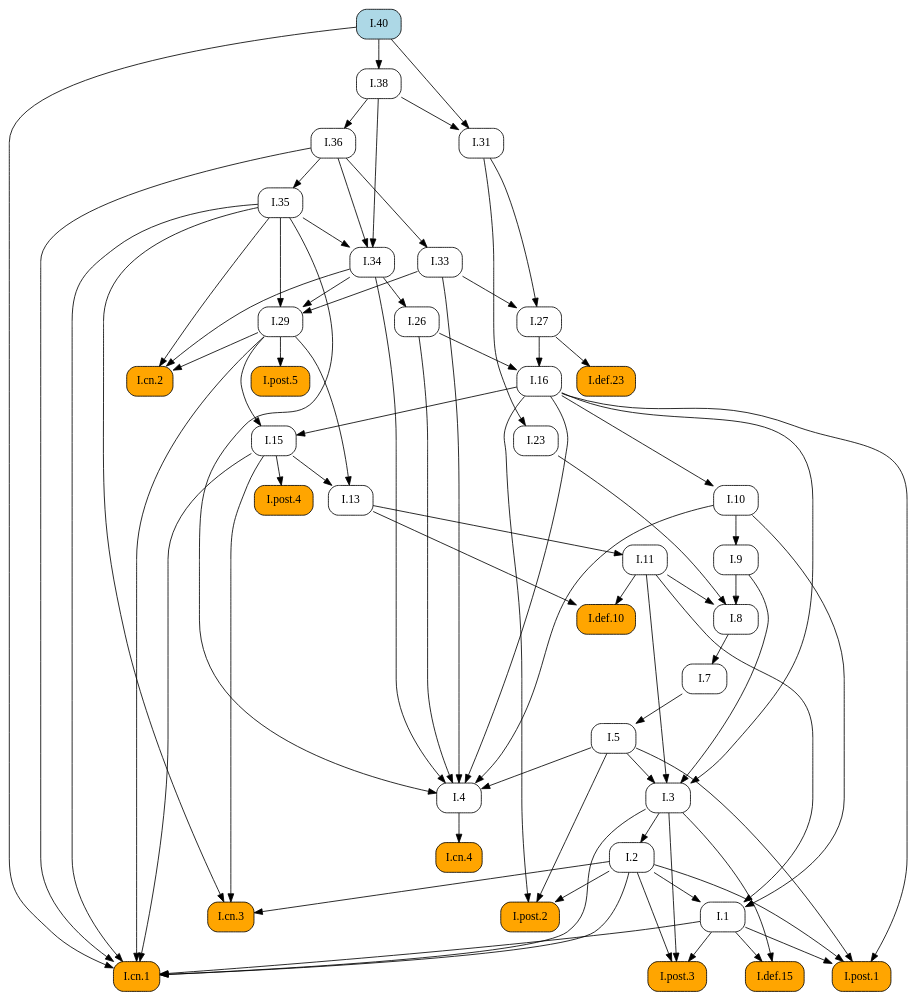
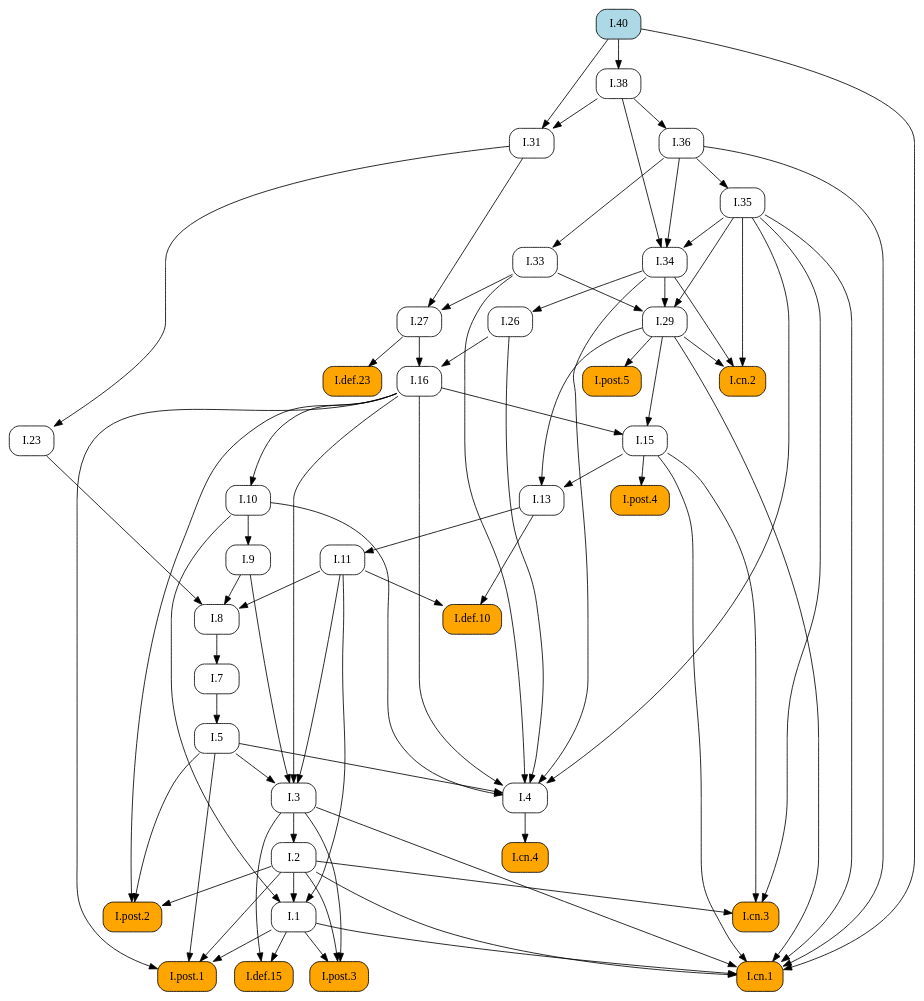
One commit to geometor/elements changed the diagram in docsrc/elements2/I/40/index.rst. Above: the diagram before and after it, drawn with Graphviz. The commit also changed other lines of this file and 409 other files, not shown here.

First line of the commit message:
feat: Add image cropping and graphic extraction script

```diff
--- a/docsrc/elements2/I/40/index.rst
+++ b/docsrc/elements2/I/40/index.rst
@@ -54,82 +54,51 @@
    digraph {
      rankdir="TB";
      node [shape=box, style=rounded];
+     "I.31" [URL="/elements2/I/31/", target="_top"];
      "I.8" [URL="/elements2/I/8/", target="_top"];
+     "I.15" [URL="/elements2/I/15/", target="_top"];
+     "I.5" [URL="/elements2/I/5/", target="_top"];
+     "I.26" [URL="/elements2/I/26/", target="_top"];
+     "I.cn.1" [style="rounded,filled", fillcolor=orange, URL="/elements2/I/cn.1/", target="_top"];
+     "I.7" [URL="/elements2/I/7/", target="_top"];
+     "I.23" [URL="/elements2/I/23/", target="_top"];
+     "I.16" [URL="/elements2/I/16/", target="_top"];
+     "I.35" [URL="/elements2/I/35/", target="_top"];
+     "I.34" [URL="/elements2/I/34/", target="_top"];
+     "I.33" [URL="/elements2/I/33/", target="_top"];
+     "I.def.15" [style="rounded,filled", fillcolor=orange, URL="/elements2/I/def.15/", target="_top"];
+     "I.38" [URL="/elements2/I/38/", target="_top"];
+     "I.post.4" [style="rounded,filled", fillcolor=orange, URL="/elements2/I/post.4/", target="_top"];
+     "I.def.23" [style="rounded,filled", fillcolor=orange, URL="/elements2/I/def.23/", target="_top"];
+     "I.11" [URL="/elements2/I/11/", target="_top"];
+     "I.def.10" [style="rounded,filled", fillcolor=orange, URL="/elements2/I/def.10/", target="_top"];
+     "I.post.5" [style="rounded,filled", fillcolor=orange, URL="/elements2/I/post.5/", target="_top"];
+     "I.3" [URL="/elements2/I/3/", target="_top"];
+     "I.10" [URL="/elements2/I/10/", target="_top"];
+     "I.cn.3" [style="rounded,filled", fillcolor=orange, URL="/elements2/I/cn.3/", target="_top"];
+     "I.13" [URL="/elements2/I/13/", target="_top"];
+     "I.4" [URL="/elements2/I/4/", target="_top"];
+     "I.post.3" [style="rounded,filled", fillcolor=orange, URL="/elements2/I/post.3/", target="_top"];
+     "I.9" [URL="/elements2/I/9/", target="_top"];
+     "I.29" [URL="/elements2/I/29/", target="_top"];
      "I.36" [URL="/elements2/I/36/", target="_top"];
      "I.post.1" [style="rounded,filled", fillcolor=orange, URL="/elements2/I/post.1/", target="_top"];
-     "I.33" [URL="/elements2/I/33/", target="_top"];
-     "I.5" [URL="/elements2/I/5/", target="_top"];
-     "I.38" [URL="/elements2/I/38/", target="_top"];
-     "I.post.5" [style="rounded,filled", fillcolor=orange, URL="/elements2/I/post.5/", target="_top"];
-     "I.def.10" [style="rounded,filled", fillcolor=orange, URL="/elements2/I/def.10/", target="_top"];
-     "I.cn.2" [style="rounded,filled", fillcolor=orange, URL="/elements2/I/cn.2/", target="_top"];
-     "I.def.15" [style="rounded,filled", fillcolor=orange, URL="/elements2/I/def.15/", target="_top"];
-     "I.31" [URL="/elements2/I/31/", target="_top"];
-     "I.11" [URL="/elements2/I/11/", target="_top"];
-     "I.3" [URL="/elements2/I/3/", target="_top"];
-     "I.def.23" [style="rounded,filled", fillcolor=orange, URL="/elements2/I/def.23/", target="_top"];
-     "I.post.2" [style="rounded,filled", fillcolor=orange, URL="/elements2/I/post.2/", target="_top"];
-     "I.26" [URL="/elements2/I/26/", target="_top"];
-     "I.cn.3" [style="rounded,filled", fillcolor=orange, URL="/elements2/I/cn.3/", target="_top"];
-     "I.cn.4" [style="rounded,filled", fillcolor=orange, URL="/elements2/I/cn.4/", target="_top"];
-     "I.1" [URL="/elements2/I/1/", target="_top"];
-     "I.7" [URL="/elements2/I/7/", target="_top"];
-     "I.9" [URL="/elements2/I/9/", target="_top"];
-     "I.40" [style="rounded,filled", fillcolor=lightblue, URL="/elements2/I/40/", target="_top"];
-     "I.cn.1" [style="rounded,filled", fillcolor=orange, URL="/elements2/I/cn.1/", target="_top"];
-     "I.29" [URL="/elements2/I/29/", target="_top"];
-     "I.16" [URL="/elements2/I/16/", target="_top"];
-     "I.post.4" [style="rounded,filled", fillcolor=orange, URL="/elements2/I/post.4/", target="_top"];
-     "I.13" [URL="/elements2/I/13/", target="_top"];
-     "I.35" [URL="/elements2/I/35/", target="_top"];
      "I.2" [URL="/elements2/I/2/", target="_top"];
      "I.27" [URL="/elements2/I/27/", target="_top"];
-     "I.4" [URL="/elements2/I/4/", target="_top"];
-     "I.10" [URL="/elements2/I/10/", target="_top"];
-     "I.15" [URL="/elements2/I/15/", target="_top"];
-     "I.34" [URL="/elements2/I/34/", target="_top"];
-     "I.23" [URL="/elements2/I/23/", target="_top"];
-     "I.post.3" [style="rounded,filled", fillcolor=orange, URL="/elements2/I/post.3/", target="_top"];
+     "I.cn.4" [style="rounded,filled", fillcolor=orange, URL="/elements2/I/cn.4/", target="_top"];
+     "I.cn.2" [style="rounded,filled", fillcolor=orange, URL="/elements2/I/cn.2/", target="_top"];
+     "I.1" [URL="/elements2/I/1/", target="_top"];
+     "I.40" [style="rounded,filled", fillcolor=lightblue, URL="/elements2/I/40/", target="_top"];
+     "I.post.2" [style="rounded,filled", fillcolor=orange, URL="/elements2/I/post.2/", target="_top"];
+     "I.38" -> "I.31";
+     "I.40" -> "I.31";
      "I.9" -> "I.8";
      "I.11" -> "I.8";
      "I.23" -> "I.8";
-     "I.38" -> "I.36";
-     "I.1" -> "I.post.1";
-     "I.2" -> "I.post.1";
-     "I.5" -> "I.post.1";
-     "I.16" -> "I.post.1";
-     "I.36" -> "I.33";
+     "I.16" -> "I.15";
+     "I.29" -> "I.15";
      "I.7" -> "I.5";
-     "I.40" -> "I.38";
-     "I.29" -> "I.post.5";
-     "I.11" -> "I.def.10";
-     "I.13" -> "I.def.10";
-     "I.29" -> "I.cn.2";
-     "I.34" -> "I.cn.2";
-     "I.35" -> "I.cn.2";
-     "I.1" -> "I.def.15";
-     "I.3" -> "I.def.15";
-     "I.38" -> "I.31";
-     "I.40" -> "I.31";
-     "I.13" -> "I.11";
-     "I.5" -> "I.3";
-     "I.9" -> "I.3";
-     "I.11" -> "I.3";
-     "I.16" -> "I.3";
-     "I.27" -> "I.def.23";
-     "I.2" -> "I.post.2";
-     "I.5" -> "I.post.2";
-     "I.16" -> "I.post.2";
      "I.34" -> "I.26";
-     "I.2" -> "I.cn.3";
-     "I.15" -> "I.cn.3";
-     "I.35" -> "I.cn.3";
-     "I.4" -> "I.cn.4";
-     "I.2" -> "I.1";
-     "I.10" -> "I.1";
-     "I.11" -> "I.1";
-     "I.8" -> "I.7";
-     "I.10" -> "I.9";
      "I.1" -> "I.cn.1";
      "I.2" -> "I.cn.1";
      "I.3" -> "I.cn.1";
@@ -138,18 +107,34 @@
      "I.35" -> "I.cn.1";
      "I.36" -> "I.cn.1";
      "I.40" -> "I.cn.1";
-     "I.33" -> "I.29";
-     "I.34" -> "I.29";
-     "I.35" -> "I.29";
+     "I.8" -> "I.7";
+     "I.31" -> "I.23";
      "I.26" -> "I.16";
      "I.27" -> "I.16";
+     "I.36" -> "I.35";
+     "I.35" -> "I.34";
+     "I.36" -> "I.34";
+     "I.38" -> "I.34";
+     "I.36" -> "I.33";
+     "I.1" -> "I.def.15";
+     "I.3" -> "I.def.15";
+     "I.40" -> "I.38";
      "I.15" -> "I.post.4";
+     "I.27" -> "I.def.23";
+     "I.13" -> "I.11";
+     "I.11" -> "I.def.10";
+     "I.13" -> "I.def.10";
+     "I.29" -> "I.post.5";
+     "I.5" -> "I.3";
+     "I.9" -> "I.3";
+     "I.11" -> "I.3";
+     "I.16" -> "I.3";
+     "I.16" -> "I.10";
+     "I.2" -> "I.cn.3";
+     "I.15" -> "I.cn.3";
+     "I.35" -> "I.cn.3";
      "I.15" -> "I.13";
      "I.29" -> "I.13";
-     "I.36" -> "I.35";
-     "I.3" -> "I.2";
-     "I.31" -> "I.27";
-     "I.33" -> "I.27";
      "I.5" -> "I.4";
      "I.10" -> "I.4";
      "I.16" -> "I.4";
@@ -157,14 +142,29 @@
      "I.33" -> "I.4";
      "I.34" -> "I.4";
      "I.35" -> "I.4";
-     "I.16" -> "I.10";
-     "I.16" -> "I.15";
-     "I.29" -> "I.15";
-     "I.35" -> "I.34";
-     "I.36" -> "I.34";
-     "I.38" -> "I.34";
-     "I.31" -> "I.23";
      "I.1" -> "I.post.3";
      "I.2" -> "I.post.3";
      "I.3" -> "I.post.3";
+     "I.10" -> "I.9";
+     "I.33" -> "I.29";
+     "I.34" -> "I.29";
+     "I.35" -> "I.29";
+     "I.38" -> "I.36";
+     "I.1" -> "I.post.1";
+     "I.2" -> "I.post.1";
+     "I.5" -> "I.post.1";
+     "I.16" -> "I.post.1";
+     "I.3" -> "I.2";
+     "I.31" -> "I.27";
+     "I.33" -> "I.27";
+     "I.4" -> "I.cn.4";
+     "I.29" -> "I.cn.2";
+     "I.34" -> "I.cn.2";
+     "I.35" -> "I.cn.2";
+     "I.2" -> "I.1";
+     "I.10" -> "I.1";
+     "I.11" -> "I.1";
+     "I.2" -> "I.post.2";
+     "I.5" -> "I.post.2";
+     "I.16" -> "I.post.2";
    }
```
